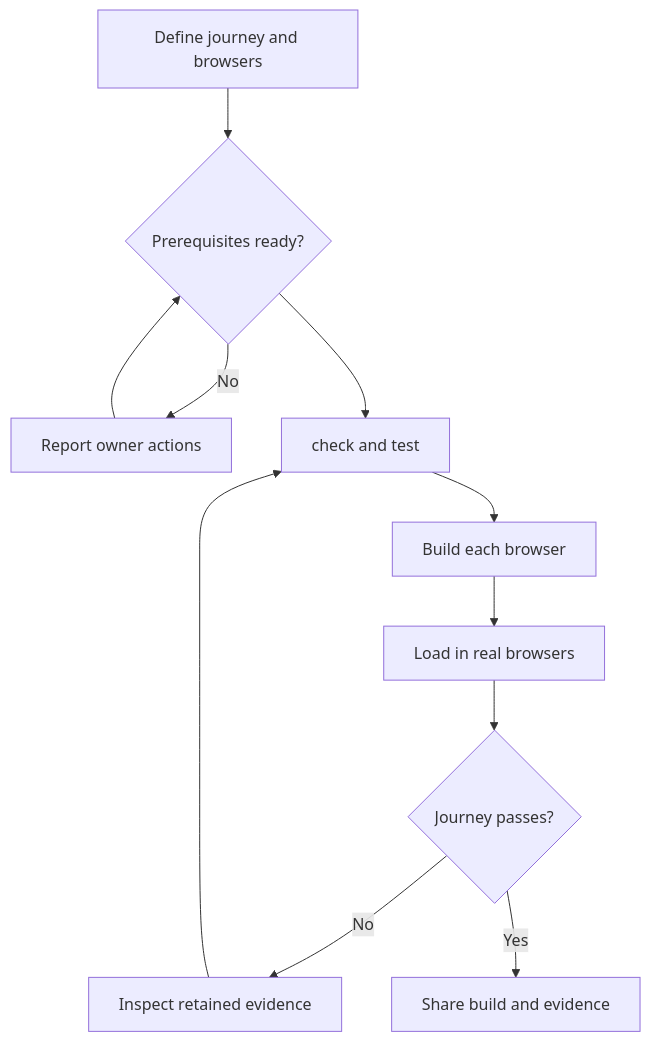
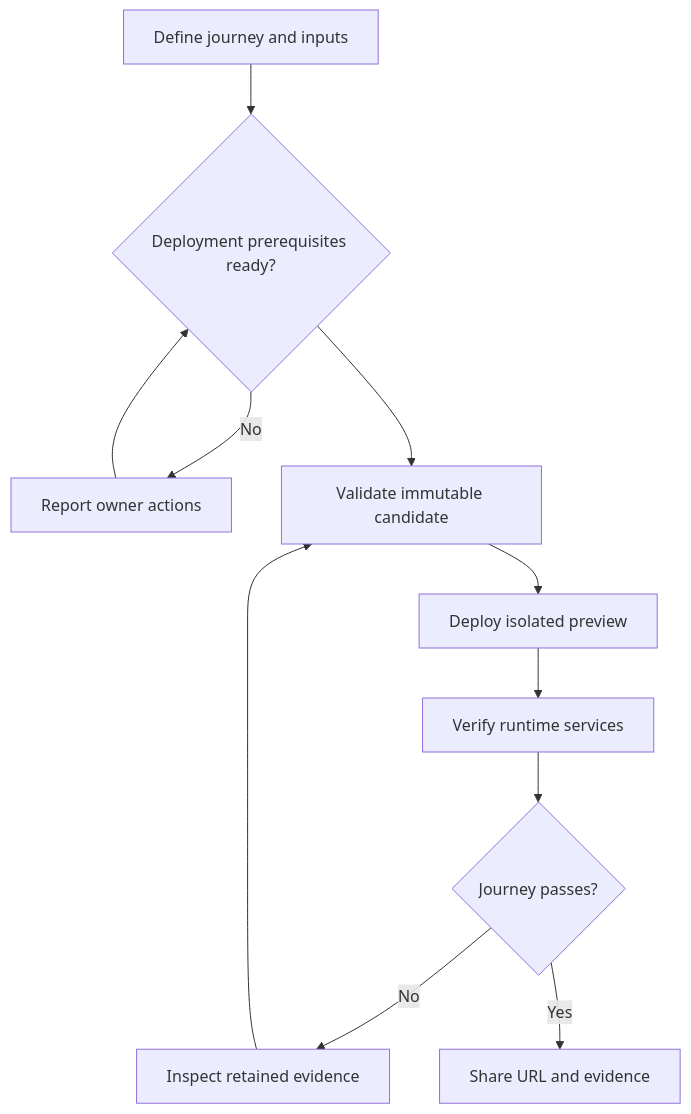
One commit to Kaiju-Ind/DeepScope changed the diagram in docs/kaiju/handbook/05-make-the-preview-path-short-and-complete.md. Above: the diagram before and after it, drawn with Mermaid. The commit also changed other lines of this file and 17468 other files, not shown here.

````diff
--- a/docs/kaiju/handbook/05-make-the-preview-path-short-and-complete.md
+++ b/docs/kaiju/handbook/05-make-the-preview-path-short-and-complete.md
@@ -3,13 +5,13 @@
 ```mermaid
 flowchart TD
-  Intake["Define journey and browsers"] --> Ready{"Prerequisites ready?"}
+  Intake["Define journey and inputs"] --> Ready{"Deployment prerequisites ready?"}
   Ready -->|No| Action["Report owner actions"]
   Action --> Ready
-  Ready --> Checks["check and test"]
-  Checks --> Build["Build each browser"]
-  Build --> Load["Load in real browsers"]
-  Load --> Journey{"Journey passes?"}
+  Ready --> Candidate["Validate immutable candidate"]
+  Candidate --> Deploy["Deploy isolated preview"]
+  Deploy --> Verify["Verify runtime services"]
+  Verify --> Journey{"Journey passes?"}
   Journey -->|No| Diagnose["Inspect retained evidence"]
-  Diagnose --> Checks
-  Journey -->|Yes| Review["Share build and evidence"]
+  Diagnose --> Candidate
+  Journey -->|Yes| Review["Share URL and evidence"]
 ```
````
